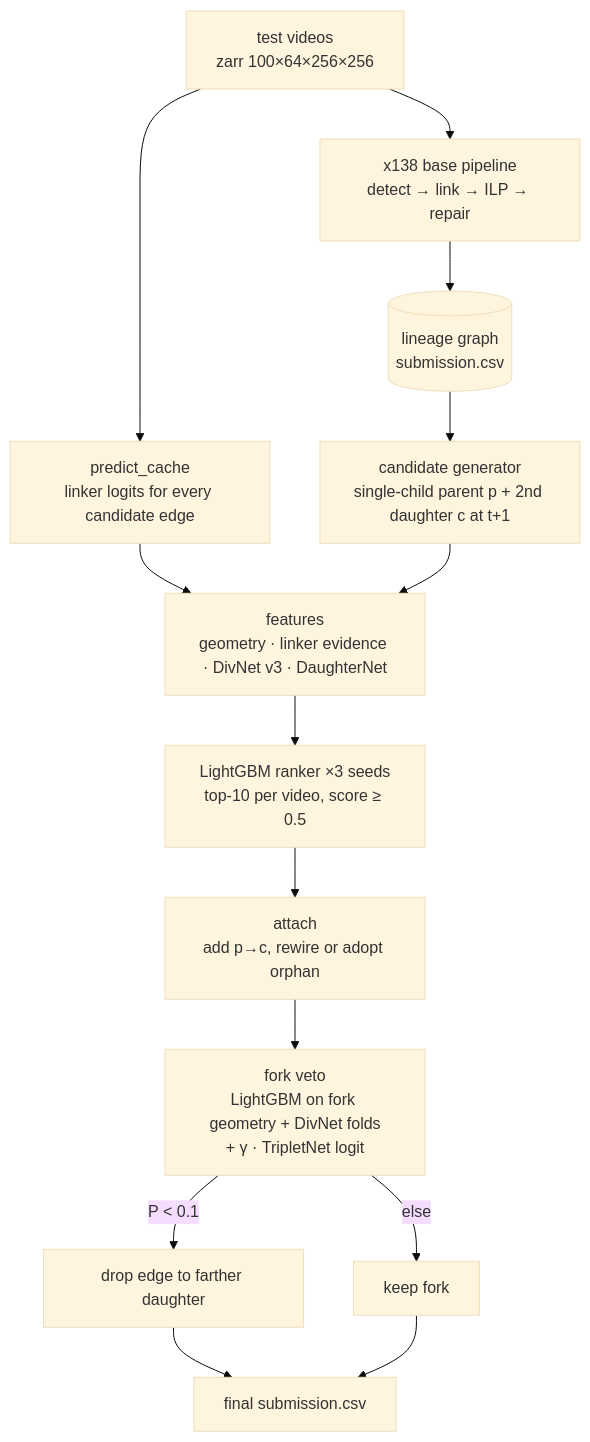
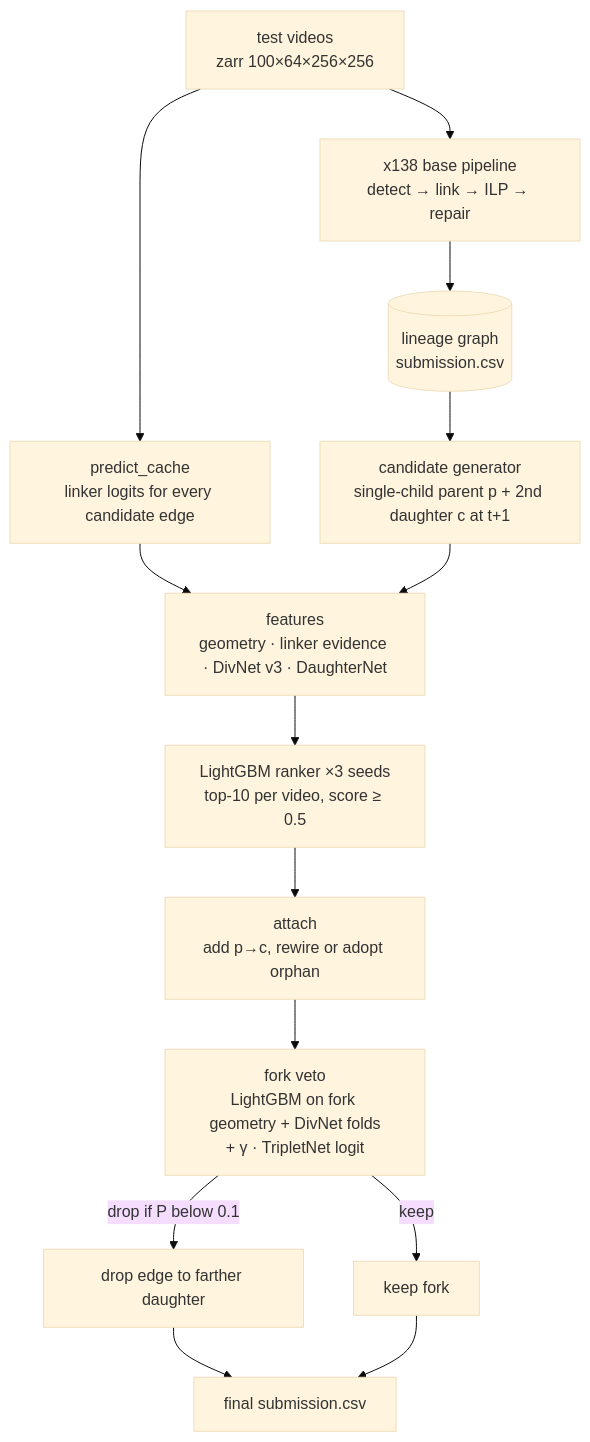
Before and after one commit to atgugu/biohub-kaggle: the diagram in README.md, drawn with Mermaid (base theme). The commit also changed other lines of this file and 5 other files, not shown here.

Commit message:
Scope validation claims, fix anchor and mermaid label, credit note

````diff
--- a/README.md
+++ b/README.md
@@ -59,16 +59,16 @@
 ```mermaid
 flowchart TD
     V[test videos<br/>zarr 100×64×256×256] --> B[x138 base pipeline<br/>detect → link → ILP → repair]
     B --> G[(lineage graph<br/>submission.csv)]
     V --> L[predict_cache<br/>linker logits for every candidate edge]
     G --> C[candidate generator<br/>single-child parent p + 2nd daughter c at t+1]
     L --> F[features<br/>geometry · linker evidence · DivNet v3 · DaughterNet]
     C --> F
     F --> R[LightGBM ranker ×3 seeds<br/>top-10 per video, score ≥ 0.5]
     R --> A[attach<br/>add p→c, rewire or adopt orphan]
     A --> FK[fork veto<br/>LightGBM on fork geometry + DivNet folds<br/>+ γ · TripletNet logit]
-    FK -->|P &lt; 0.1| D[drop edge to farther daughter]
-    FK -->|else| K[keep fork]
+    FK -->|drop if P below 0.1| D[drop edge to farther daughter]
+    FK -->|keep| K[keep fork]
     D --> O[final submission.csv]
     K --> O
 ```
````
